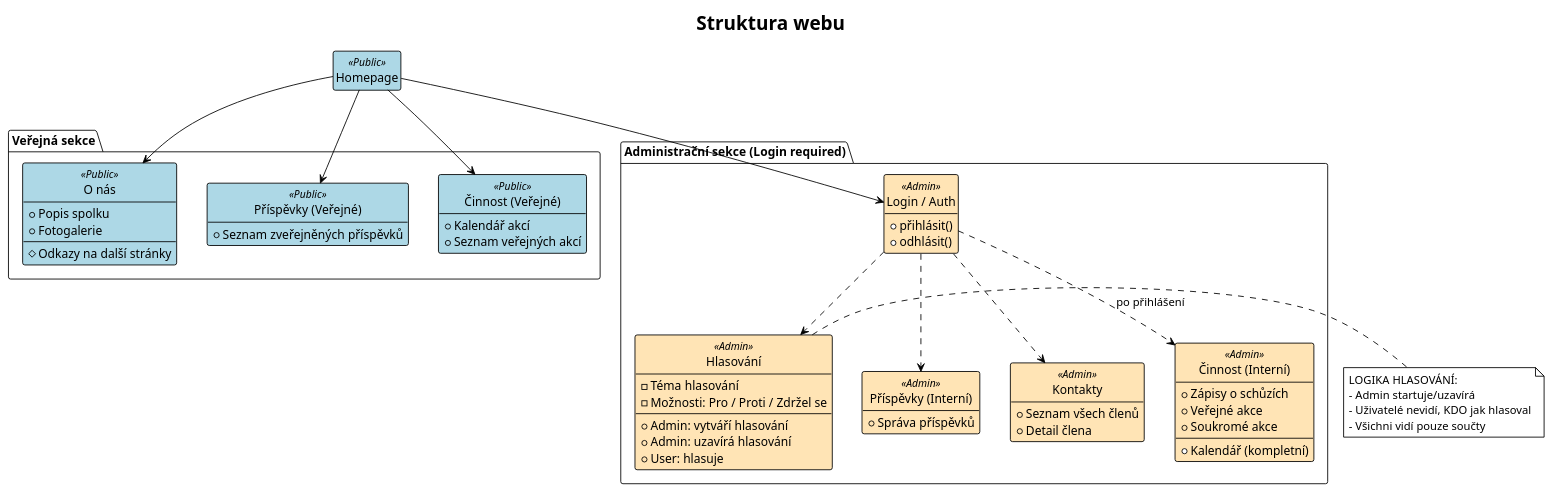
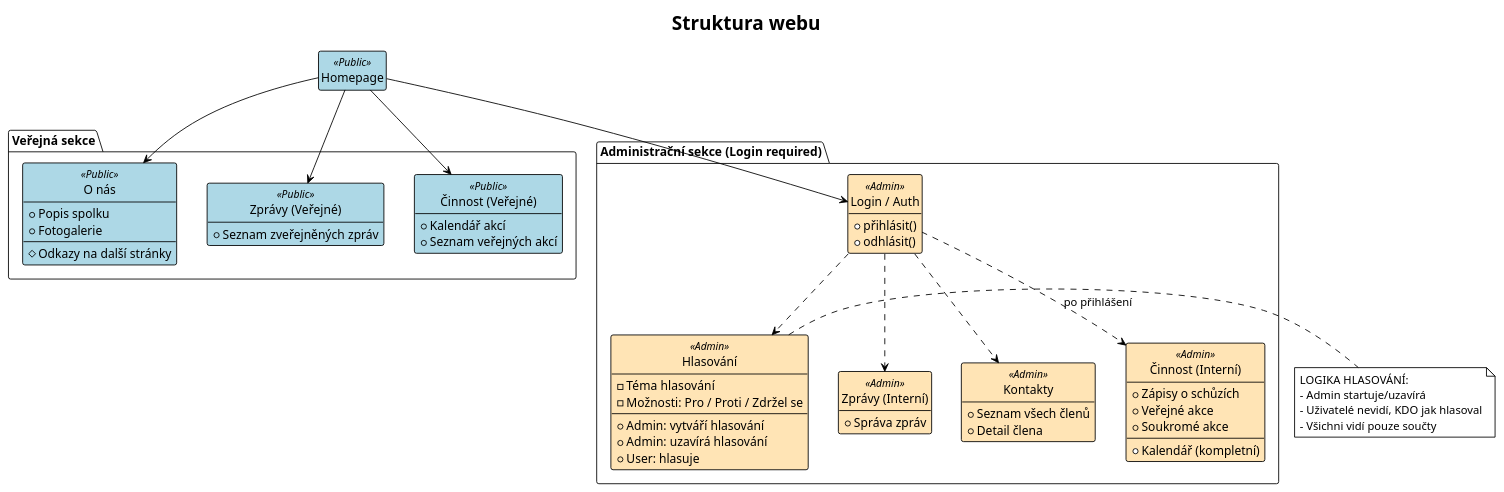
One commit to jacky32/slovjani changed the diagram in docs/diagrams/sitemap.plantuml. Above: the diagram before and after it, drawn with PlantUML. The commit also changed 5 other files, not shown here.

```diff
--- a/docs/diagrams/sitemap.plantuml
+++ b/docs/diagrams/sitemap.plantuml
@@ -1,89 +1,89 @@
 @startuml "Sitemap Diagram"
 !theme plain
 hide empty members
 hide circles
 
 ' Definice stylů pro přehlednost
 skinparam class {
     BackgroundColor<<Public>> LightBlue
     BackgroundColor<<Admin>> Moccasin
     BorderColor Black
 }
 
 title Struktura webu
 
 ' Hlavní rozcestník
 class "Homepage" as Home <<Public>>
 
 ' --- VEŘEJNÁ SEKCE ---
 package "Veřejná sekce" {
     class "O nás" as Onas <<Public>> {
         + Popis spolku
         + Fotogalerie
         --
         # Odkazy na další stránky
     }
 
-    class "Příspěvky (Veřejné)" as PostsPub <<Public>> {
-        + Seznam zveřejněných příspěvků
+    class "Zprávy (Veřejné)" as PostsPub <<Public>> {
+        + Seznam zveřejněných zpráv
     }
 
     class "Činnost (Veřejné)" as CinnostPub <<Public>> {
         + Kalendář akcí
         + Seznam veřejných akcí
     }
 }
 
 ' --- ADMINISTRAČNÍ SEKCE ---
 package "Administrační sekce (Login required)" {
     class "Login / Auth" as Login <<Admin>> {
         + přihlásit()
         + odhlásit()
     }
 
-    class "Příspěvky (Interní)" as AdminPostsPage <<Admin>> {
-        + Správa příspěvků
+    class "Zprávy (Interní)" as AdminPostsPage <<Admin>> {
+        + Správa zpráv
     }
 
     class "Kontakty" as Kontakty <<Admin>> {
         + Seznam všech členů
         + Detail člena
     }
 
     class "Činnost (Interní)" as CinnostPriv <<Admin>> {
         + Zápisy o schůzích
         + Kalendář (kompletní)
         + Veřejné akce
         + Soukromé akce
     }
 
     class "Hlasování" as Hlasovani <<Admin>> {
         - Téma hlasování
         - Možnosti: Pro / Proti / Zdržel se
         --
         + Admin: vytváří hlasování
         + Admin: uzavírá hlasování
         + User: hlasuje
     }
 }
 
 ' Vztahy a navigace
 Home --> Onas
 Home --> PostsPub
 Home --> CinnostPub
 Home --> Login
 
 Login ..> CinnostPriv : po přihlášení
 Login ..> Hlasovani
 Login ..> Kontakty
 Login ..> AdminPostsPage
 
 ' Poznámky pro vysvětlení logiky
 note right of Hlasovani
   LOGIKA HLASOVÁNÍ:
   - Admin startuje/uzavírá
   - Uživatelé nevidí, KDO jak hlasoval
   - Všichni vidí pouze součty
 end note
 
 @enduml
```
